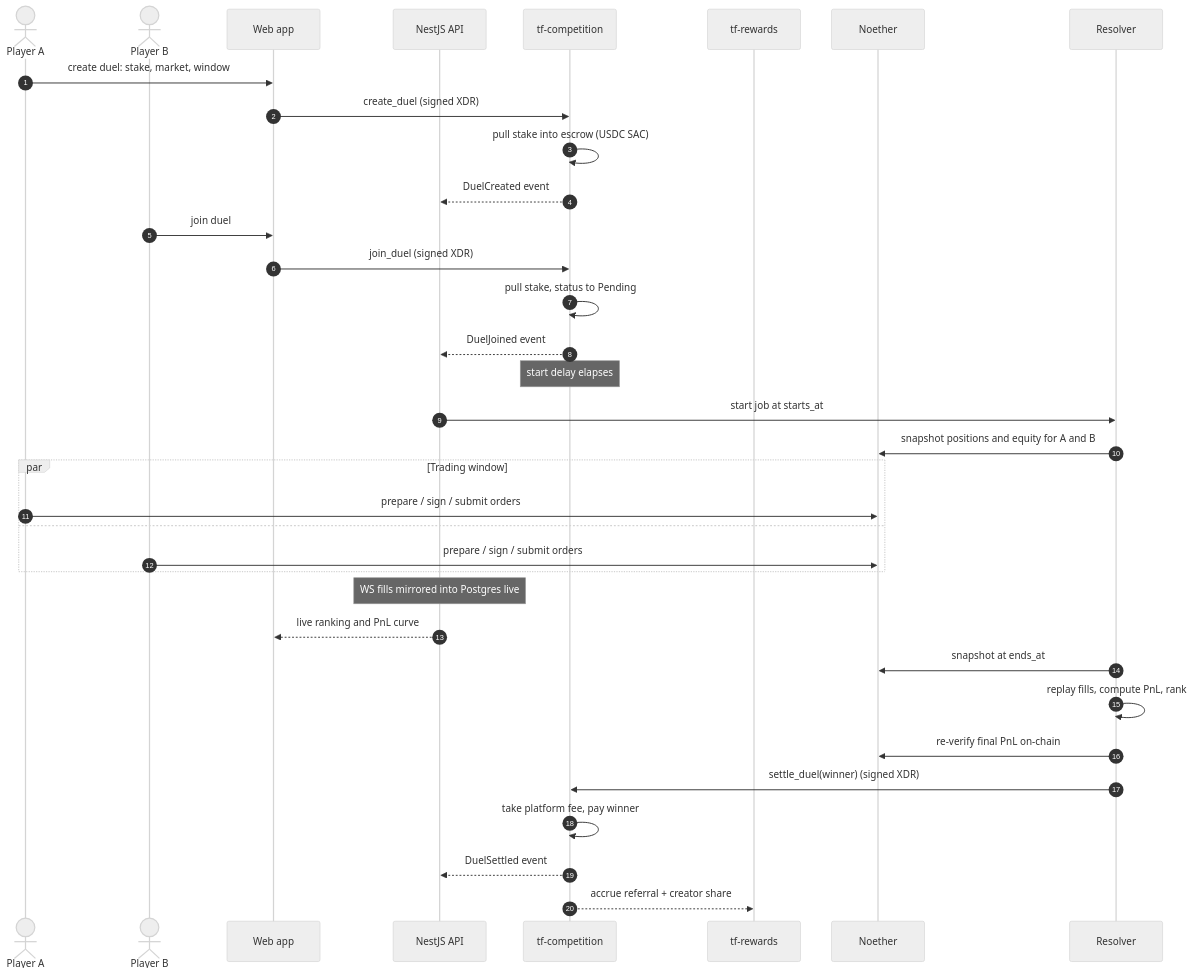
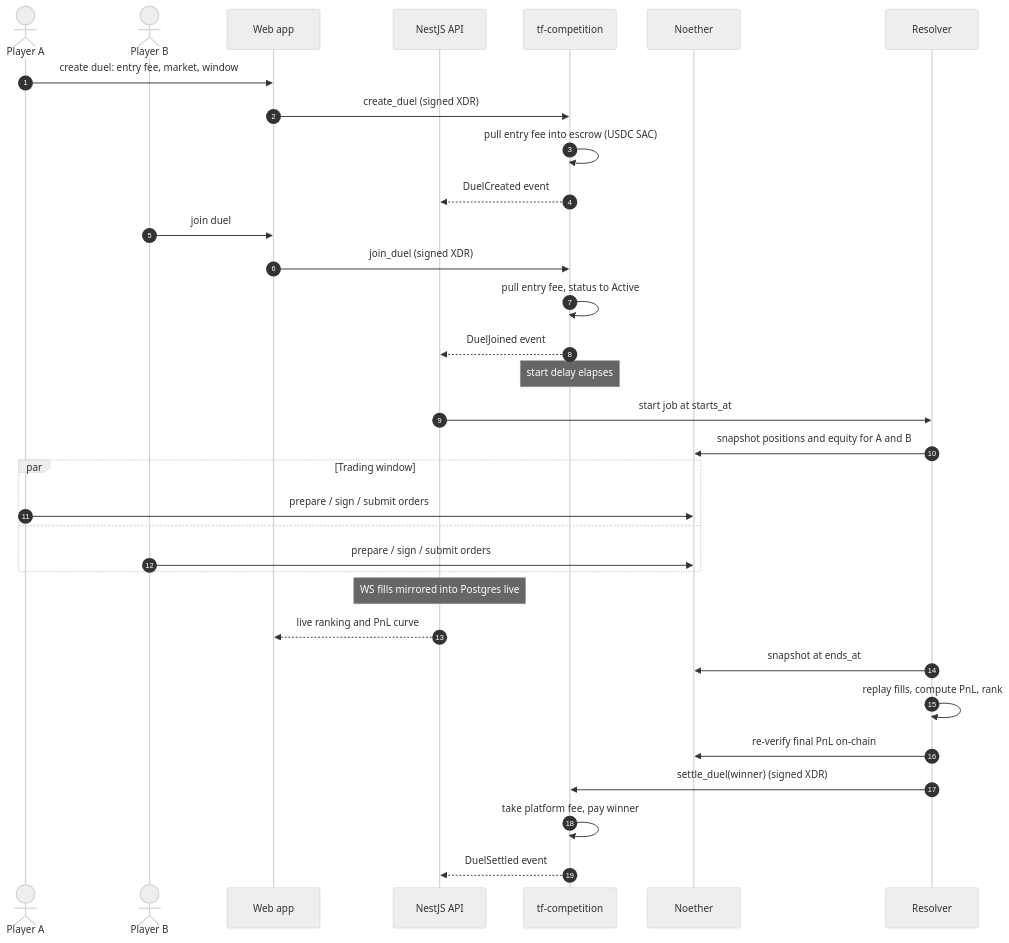
Before and after one commit to tradefighters/stellar-integration: the second of 4 diagrams in README.md, drawn with Mermaid (neutral theme). The commit also changed other lines of this file and 6 other files, not shown here.

````diff
--- a/README.md
+++ b/README.md
@@ -237,42 +242,40 @@
 ```mermaid
 sequenceDiagram
     autonumber
     actor A as Player A
     actor B as Player B
     participant W as Web app
     participant API as NestJS API
     participant TFC as tf-competition
-    participant TFR as tf-rewards
     participant N as Noether
     participant R as Resolver
 
-    A->>W: create duel: stake, market, window
+    A->>W: create duel: entry fee, market, window
     W->>TFC: create_duel  (signed XDR)
-    TFC->>TFC: pull stake into escrow (USDC SAC)
+    TFC->>TFC: pull entry fee into escrow (USDC SAC)
     TFC-->>API: DuelCreated event
     B->>W: join duel
     W->>TFC: join_duel  (signed XDR)
-    TFC->>TFC: pull stake, status to Pending
+    TFC->>TFC: pull entry fee, status to Active
     TFC-->>API: DuelJoined event
 
     Note over TFC: start delay elapses
     API->>R: start job at starts_at
     R->>N: snapshot positions and equity for A and B
 
     par Trading window
         A->>N: prepare / sign / submit orders
     and
         B->>N: prepare / sign / submit orders
     end
 
     Note over API: WS fills mirrored into Postgres live
     API-->>W: live ranking and PnL curve
 
     R->>N: snapshot at ends_at
     R->>R: replay fills, compute PnL, rank
     R->>N: re-verify final PnL on-chain
     R->>TFC: settle_duel(winner) (signed XDR)
     TFC->>TFC: take platform fee, pay winner
     TFC-->>API: DuelSettled event
-    TFC-->>TFR: accrue referral + creator share
 ```
````
